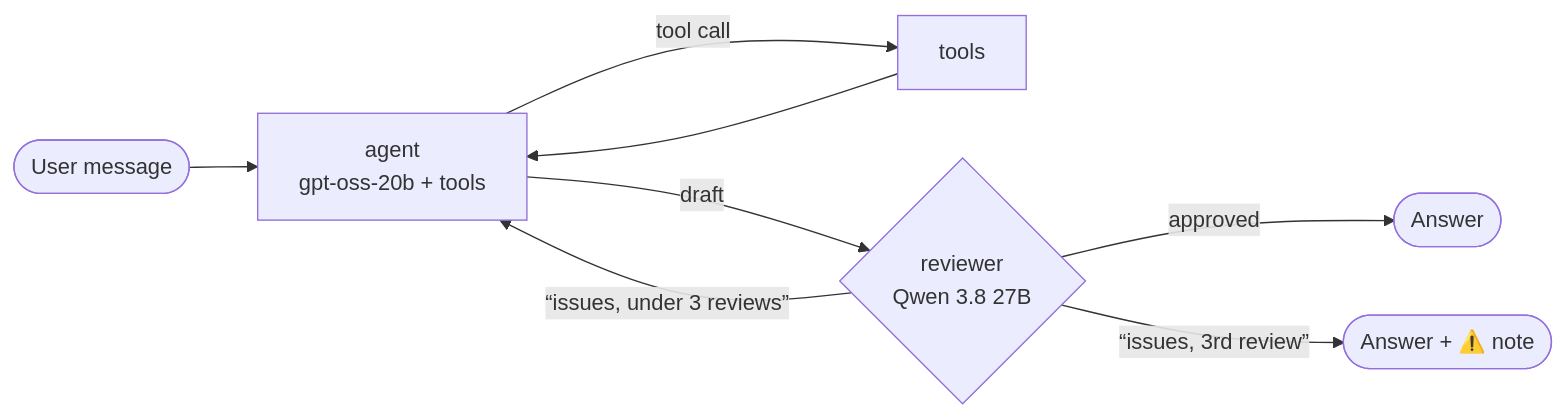
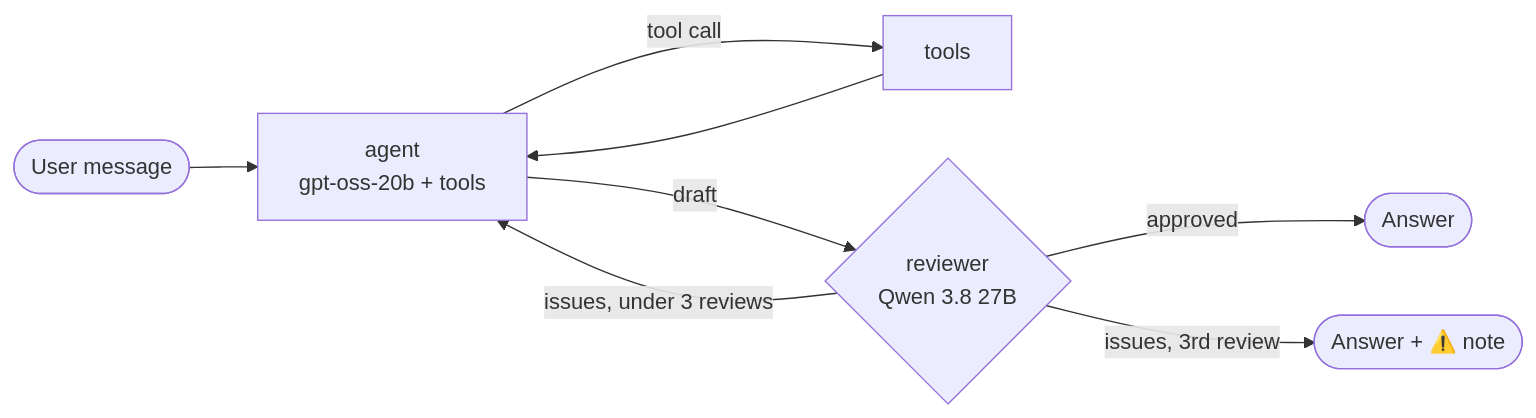
One commit to lioka0099/Travel_Assistant changed the diagram in README.md. Above: the diagram before and after it, drawn with Mermaid. The commit also changed other lines of this file, not shown here.

Commit message:
Fix README quotes so screenshots and diagram labels render

````diff
--- a/README.md
+++ b/README.md
@@ -11,10 +11,10 @@
 ```mermaid
 flowchart LR
     U([User message]) --> A[agent<br/>gpt-oss-20b + tools]
     A -- tool call --> T[tools]
     T --> A
     A -- draft --> R{reviewer<br/>Qwen 3.8 27B}
     R -- approved --> F([Answer])
-    R -- “issues, under 3 reviews” --> A
-    R -- “issues, 3rd review” --> N([Answer + ⚠️ note])
+    R -- "issues, under 3 reviews" --> A
+    R -- "issues, 3rd review" --> N([Answer + ⚠️ note])
 ```
````
